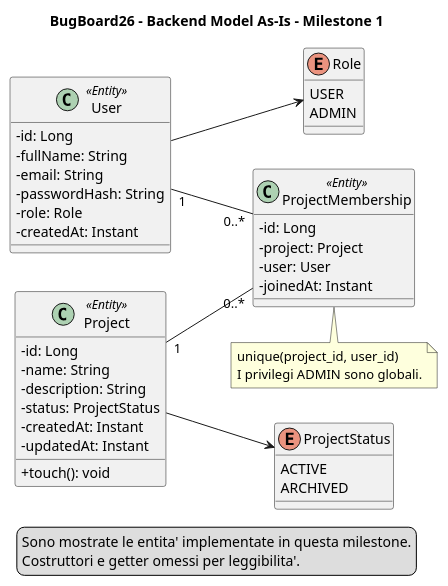
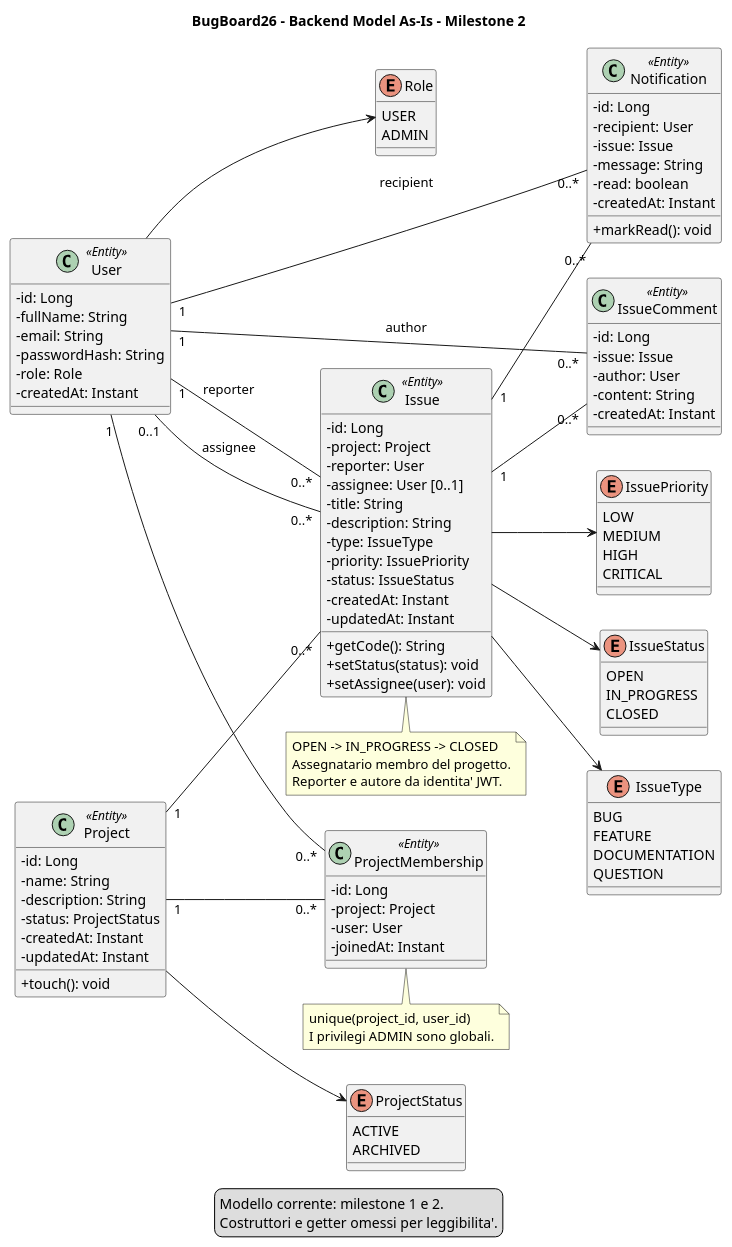
Before and after one commit to luxifer483/BugBoard26: the diagram in docs/diagrammi/backend-model-as-is.puml, drawn with PlantUML. The commit also changed 55 other files, not shown here.

Commit message:
Implement issue, comment and notification management

```diff
--- a/docs/diagrammi/backend-model-as-is.puml
+++ b/docs/diagrammi/backend-model-as-is.puml
@@ -1,50 +1,114 @@
 @startuml
-title BugBoard26 - Backend Model As-Is - Milestone 1
+title BugBoard26 - Backend Model As-Is - Milestone 2
 left to right direction
 skinparam classAttributeIconSize 0
 skinparam shadowing false
 
 class User <<Entity>> {
   -id: Long
   -fullName: String
   -email: String
   -passwordHash: String
   -role: Role
   -createdAt: Instant
 }
 enum Role {
   USER
   ADMIN
 }
 class Project <<Entity>> {
   -id: Long
   -name: String
   -description: String
   -status: ProjectStatus
   -createdAt: Instant
   -updatedAt: Instant
   +touch(): void
 }
 enum ProjectStatus {
   ACTIVE
   ARCHIVED
 }
 class ProjectMembership <<Entity>> {
   -id: Long
   -project: Project
   -user: User
   -joinedAt: Instant
 }
 User --> Role
+class Issue <<Entity>> {
+  -id: Long
+  -project: Project
+  -reporter: User
+  -assignee: User [0..1]
+  -title: String
+  -description: String
+  -type: IssueType
+  -priority: IssuePriority
+  -status: IssueStatus
+  -createdAt: Instant
+  -updatedAt: Instant
+  +getCode(): String
+  +setStatus(status): void
+  +setAssignee(user): void
+}
+enum IssueStatus {
+  OPEN
+  IN_PROGRESS
+  CLOSED
+}
+enum IssueType {
+  BUG
+  FEATURE
+  DOCUMENTATION
+  QUESTION
+}
+enum IssuePriority {
+  LOW
+  MEDIUM
+  HIGH
+  CRITICAL
+}
+class IssueComment <<Entity>> {
+  -id: Long
+  -issue: Issue
+  -author: User
+  -content: String
+  -createdAt: Instant
+}
+class Notification <<Entity>> {
+  -id: Long
+  -recipient: User
+  -issue: Issue
+  -message: String
+  -read: boolean
+  -createdAt: Instant
+  +markRead(): void
+}
+Project "1" -- "0..*" Issue
+User "1" -- "0..*" Issue : reporter
+User "0..1" -- "0..*" Issue : assignee
+Issue --> IssueStatus
+Issue --> IssueType
+Issue --> IssuePriority
+Issue "1" -- "0..*" IssueComment
+User "1" -- "0..*" IssueComment : author
+Issue "1" -- "0..*" Notification
+User "1" -- "0..*" Notification : recipient
+note bottom of Issue
+  OPEN -> IN_PROGRESS -> CLOSED
+  Assegnatario membro del progetto.
+  Reporter e autore da identita' JWT.
+end note
 Project --> ProjectStatus
 User "1" -- "0..*" ProjectMembership
 Project "1" -- "0..*" ProjectMembership
 note bottom of ProjectMembership
   unique(project_id, user_id)
   I privilegi ADMIN sono globali.
 end note
 legend bottom
-  Sono mostrate le entita' implementate in questa milestone.
+  Modello corrente: milestone 1 e 2.
   Costruttori e getter omessi per leggibilita'.
 endlegend
 @enduml
```
